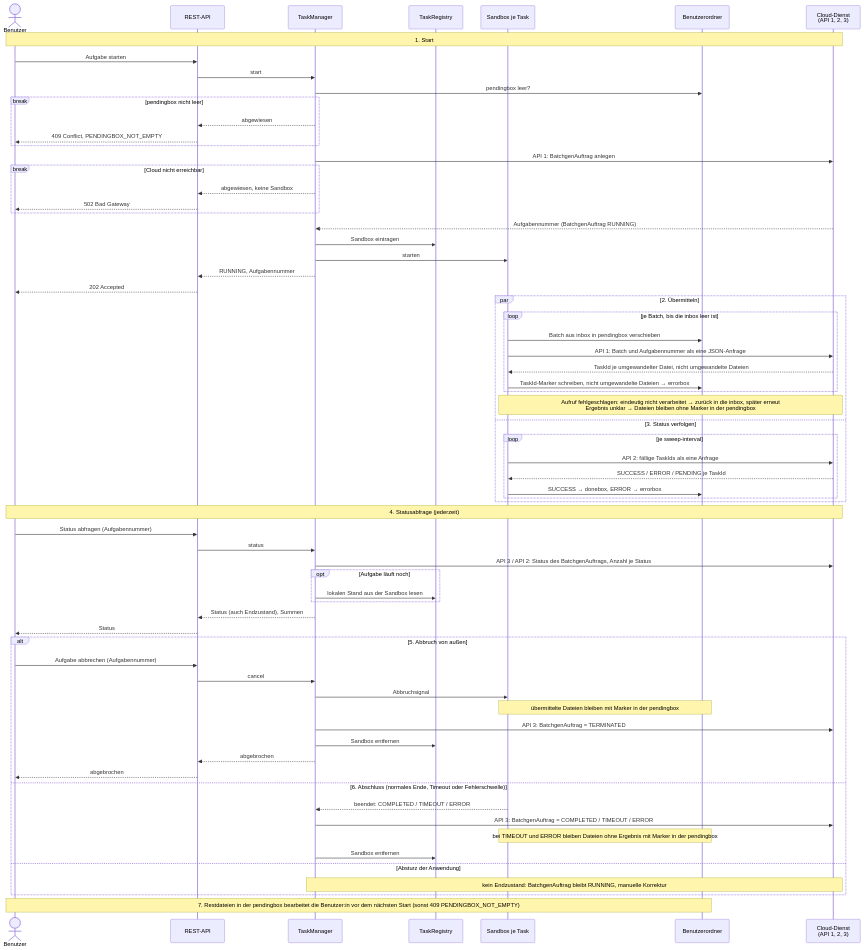
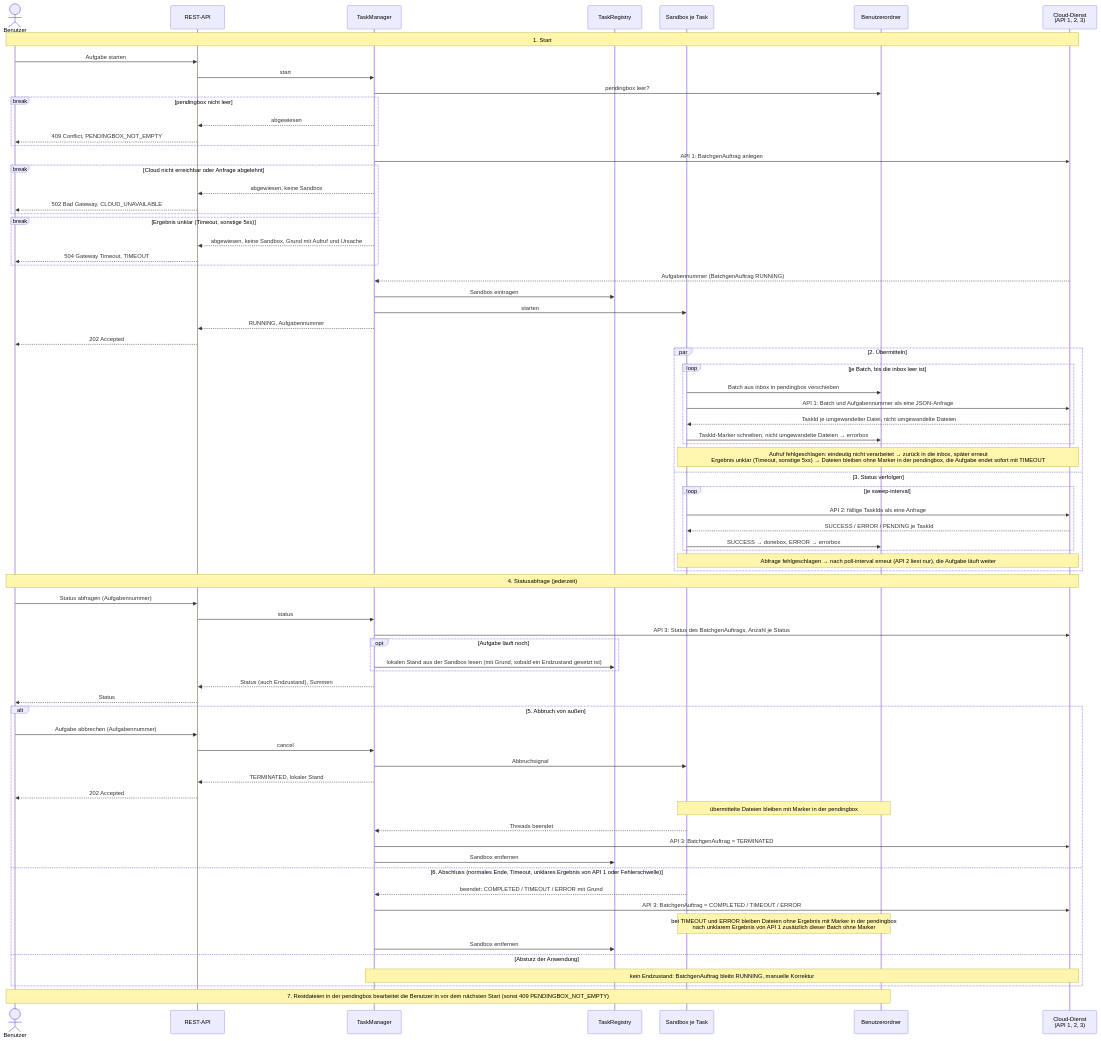
Before and after one commit to wwsstl/asynchrone-anwendungsarchitektur: the diagram in docs/architect/funktionsweise_sequenz.mmd, drawn with Mermaid. The commit also changed 22 other files, not shown here.

```diff
--- a/docs/architect/funktionsweise_sequenz.mmd
+++ b/docs/architect/funktionsweise_sequenz.mmd
@@ -1,77 +1,83 @@
 sequenceDiagram
     %% Erste Ebene zu funktionsweise_sequenz.md – die Sandbox je Task ist eine Blackbox
     %% Aufgabennummer = Nr. des BatchgenAuftrags, TaskId = Nr. eines Datensatzes der Untertabelle (je Datei)
     %% Kein Fortsetzen: Restdateien in der pendingbox bearbeitet die Benutzer:in vor dem nächsten Start (Abschnitt 7)
 
     actor B as Benutzer
     participant API as REST-API
     participant TM as TaskManager
     participant Reg as TaskRegistry
     participant S as Sandbox je Task
     participant O as Benutzerordner
     participant Cloud as Cloud-Dienst<br/>(API 1, 2, 3)
 
     Note over B,Cloud: 1. Start
     B->>API: Aufgabe starten
     API->>TM: start
     TM->>O: pendingbox leer?
     break pendingbox nicht leer
         TM-->>API: abgewiesen
         API-->>B: 409 Conflict, PENDINGBOX_NOT_EMPTY
     end
     TM->>Cloud: API 1: BatchgenAuftrag anlegen
-    break Cloud nicht erreichbar
+    break Cloud nicht erreichbar oder Anfrage abgelehnt
         TM-->>API: abgewiesen, keine Sandbox
-        API-->>B: 502 Bad Gateway
+        API-->>B: 502 Bad Gateway, CLOUD_UNAVAILABLE
+    end
+    break Ergebnis unklar (Timeout, sonstige 5xx)
+        TM-->>API: abgewiesen, keine Sandbox, Grund mit Aufruf und Ursache
+        API-->>B: 504 Gateway Timeout, TIMEOUT
     end
     Cloud-->>TM: Aufgabennummer (BatchgenAuftrag RUNNING)
     TM->>Reg: Sandbox eintragen
     TM->>S: starten
     TM-->>API: RUNNING, Aufgabennummer
     API-->>B: 202 Accepted
 
     par 2. Übermitteln
         loop je Batch, bis die inbox leer ist
             S->>O: Batch aus inbox in pendingbox verschieben
             S->>Cloud: API 1: Batch und Aufgabennummer als eine JSON-Anfrage
             Cloud-->>S: TaskId je umgewandelter Datei, nicht umgewandelte Dateien
             S->>O: TaskId-Marker schreiben, nicht umgewandelte Dateien → errorbox
         end
-        Note over S,Cloud: Aufruf fehlgeschlagen: eindeutig nicht verarbeitet → zurück in die inbox, später erneut<br/>Ergebnis unklar → Dateien bleiben ohne Marker in der pendingbox
+        Note over S,Cloud: Aufruf fehlgeschlagen: eindeutig nicht verarbeitet → zurück in die inbox, später erneut<br/>Ergebnis unklar (Timeout, sonstige 5xx) → Dateien bleiben ohne Marker in der pendingbox, die Aufgabe endet sofort mit TIMEOUT
     and 3. Status verfolgen
         loop je sweep-interval
             S->>Cloud: API 2: fällige TaskIds als eine Anfrage
             Cloud-->>S: SUCCESS / ERROR / PENDING je TaskId
             S->>O: SUCCESS → donebox, ERROR → errorbox
         end
+        Note over S,Cloud: Abfrage fehlgeschlagen → nach poll-interval erneut (API 2 liest nur), die Aufgabe läuft weiter
     end
 
     Note over B,Cloud: 4. Statusabfrage (jederzeit)
     B->>API: Status abfragen (Aufgabennummer)
     API->>TM: status
-    TM->>Cloud: API 3 / API 2: Status des BatchgenAuftrags, Anzahl je Status
+    TM->>Cloud: API 3: Status des BatchgenAuftrags, Anzahl je Status
     opt Aufgabe läuft noch
-        TM->>Reg: lokalen Stand aus der Sandbox lesen
+        TM->>Reg: lokalen Stand aus der Sandbox lesen (mit Grund, sobald ein Endzustand gesetzt ist)
     end
     TM-->>API: Status (auch Endzustand), Summen
     API-->>B: Status
 
     alt 5. Abbruch von außen
         B->>API: Aufgabe abbrechen (Aufgabennummer)
         API->>TM: cancel
         TM->>S: Abbruchsignal
+        TM-->>API: TERMINATED, lokaler Stand
+        API-->>B: 202 Accepted
         Note over S,O: übermittelte Dateien bleiben mit Marker in der pendingbox
+        S-->>TM: Threads beendet
         TM->>Cloud: API 3: BatchgenAuftrag = TERMINATED
         TM->>Reg: Sandbox entfernen
-        TM-->>API: abgebrochen
-        API-->>B: abgebrochen
-    else 6. Abschluss (normales Ende, Timeout oder Fehlerschwelle)
-        S-->>TM: beendet: COMPLETED / TIMEOUT / ERROR
+    else 6. Abschluss (normales Ende, Timeout, unklares Ergebnis von API 1 oder Fehlerschwelle)
+        S-->>TM: beendet: COMPLETED / TIMEOUT / ERROR mit Grund
         TM->>Cloud: API 3: BatchgenAuftrag = COMPLETED / TIMEOUT / ERROR
-        Note over S,O: bei TIMEOUT und ERROR bleiben Dateien ohne Ergebnis mit Marker in der pendingbox
+        Note over S,O: bei TIMEOUT und ERROR bleiben Dateien ohne Ergebnis mit Marker in der pendingbox<br/>nach unklarem Ergebnis von API 1 zusätzlich dieser Batch ohne Marker
         TM->>Reg: Sandbox entfernen
     else Absturz der Anwendung
         Note over TM,Cloud: kein Endzustand: BatchgenAuftrag bleibt RUNNING, manuelle Korrektur
     end
 
     Note over B,O: 7. Restdateien in der pendingbox bearbeitet die Benutzer:in vor dem nächsten Start (sonst 409 PENDINGBOX_NOT_EMPTY)
```
